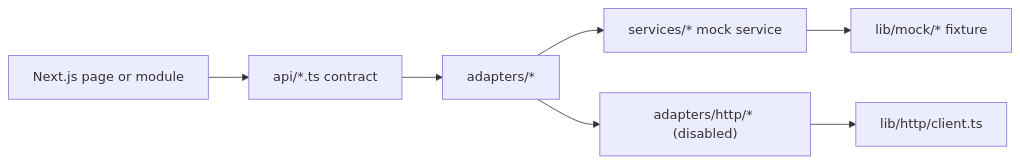
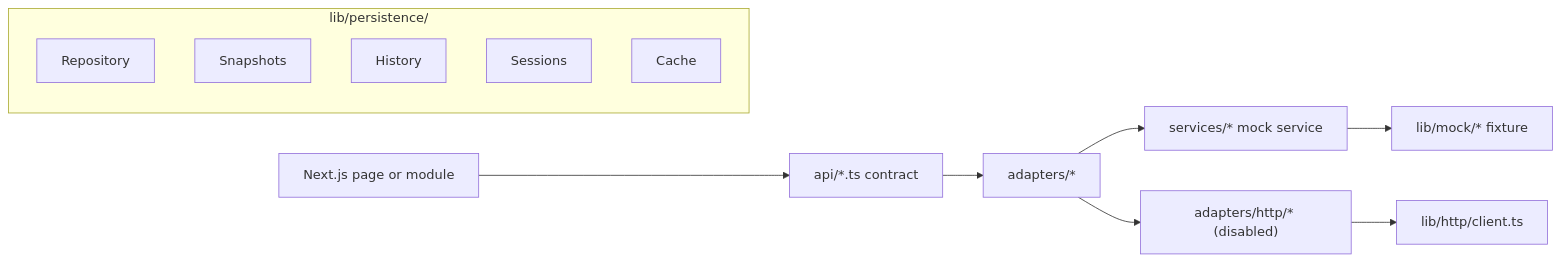
One commit to AymaanDhingra/omega-ai-web-platform changed the diagram in NEXT_PHASE.md. Above: the diagram before and after it, drawn with Mermaid. The commit also changed other lines of this file and 1 other file, not shown here.

````diff
--- a/NEXT_PHASE.md
+++ b/NEXT_PHASE.md
@@ -27,9 +27,17 @@
 ```mermaid
 flowchart LR
   Page["Next.js page or module"] --> Api["api/*.ts contract"]
   Api --> Adapter["adapters/*"]
   Adapter --> MockService["services/* mock service"]
   Adapter --> HttpAdapter["adapters/http/* (disabled)"]
   MockService --> Mock["lib/mock/* fixture"]
   HttpAdapter --> HttpClient["lib/http/client.ts"]
+  
+  subgraph Persistence["lib/persistence/"]
+    Repository["Repository<T>"]
+    Snapshots["Snapshots"]
+    History["History"]
+    Sessions["Sessions"]
+    Cache["Cache<T>"]
+  end
 ```
````
